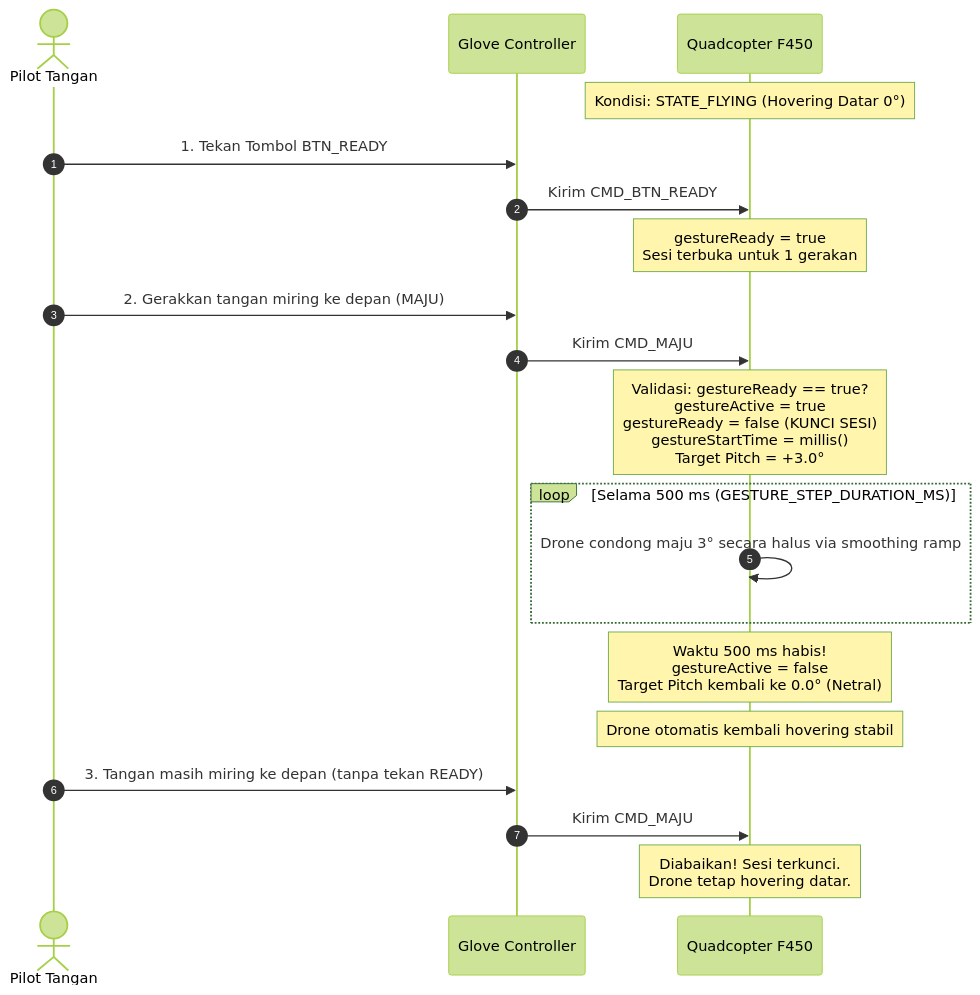
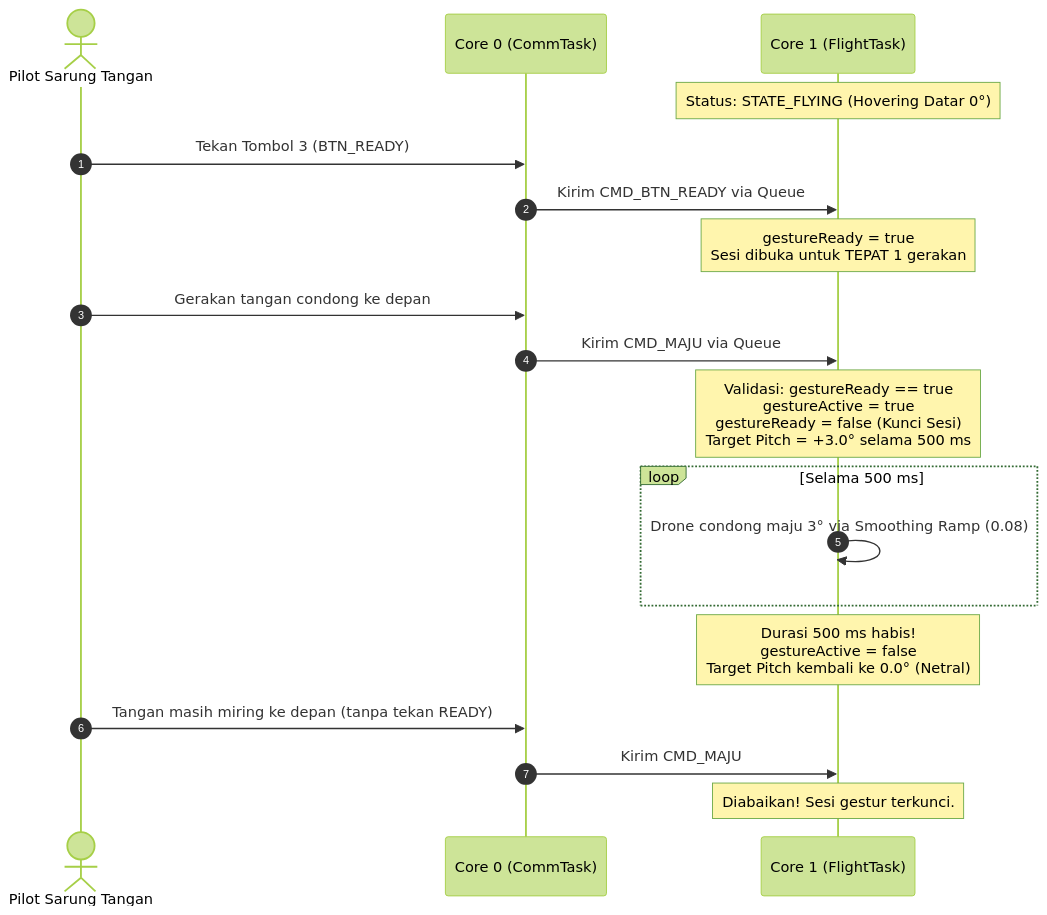
The third of 5 diagrams in arsitektur.md (qiuFrrl/QuadcopterF450), drawn with Mermaid (forest theme) before and after one commit. The commit also changed other lines of this file and 11 other files, not shown here.

````diff
--- a/arsitektur.md
+++ b/arsitektur.md
@@ -278,27 +246,26 @@
 ```mermaid
 sequenceDiagram
     autonumber
-    actor Pilot as Pilot Tangan
-    participant Glove as Glove Controller
-    participant Drone as Quadcopter F450
+    actor Pilot as Pilot Sarung Tangan
+    participant Comm as Core 0 (CommTask)
+    participant Flight as Core 1 (FlightTask)
     
-    Note over Drone: Kondisi: STATE_FLYING (Hovering Datar 0°)
-    Pilot->>Glove: 1. Tekan Tombol BTN_READY
-    Glove->>Drone: Kirim CMD_BTN_READY
-    Note over Drone: gestureReady = true<br/>Sesi terbuka untuk 1 gerakan
+    Note over Flight: Status: STATE_FLYING (Hovering Datar 0°)
+    Pilot->>Comm: Tekan Tombol 3 (BTN_READY)
+    Comm->>Flight: Kirim CMD_BTN_READY via Queue
+    Note over Flight: gestureReady = true<br/>Sesi dibuka untuk TEPAT 1 gerakan
     
-    Pilot->>Glove: 2. Gerakkan tangan miring ke depan (MAJU)
-    Glove->>Drone: Kirim CMD_MAJU
-    Note over Drone: Validasi: gestureReady == true?<br/>gestureActive = true<br/>gestureReady = false (KUNCI SESI)<br/>gestureStartTime = millis()<br/>Target Pitch = +3.0°
+    Pilot->>Comm: Gerakan tangan condong ke depan
+    Comm->>Flight: Kirim CMD_MAJU via Queue
+    Note over Flight: Validasi: gestureReady == true<br/>gestureActive = true<br/>gestureReady = false (Kunci Sesi)<br/>Target Pitch = +3.0° selama 500 ms
     
-    loop Selama 500 ms (GESTURE_STEP_DURATION_MS)
-        Drone->>Drone: Drone condong maju 3° secara halus via smoothing ramp
+    loop Selama 500 ms
+        Flight->>Flight: Drone condong maju 3° via Smoothing Ramp (0.08)
     end
     
-    Note over Drone: Waktu 500 ms habis!<br/>gestureActive = false<br/>Target Pitch kembali ke 0.0° (Netral)
-    Note over Drone: Drone otomatis kembali hovering stabil
+    Note over Flight: Durasi 500 ms habis!<br/>gestureActive = false<br/>Target Pitch kembali ke 0.0° (Netral)
     
-    Pilot->>Glove: 3. Tangan masih miring ke depan (tanpa tekan READY)
-    Glove->>Drone: Kirim CMD_MAJU
-    Note over Drone: Diabaikan! Sesi terkunci.<br/>Drone tetap hovering datar.
+    Pilot->>Comm: Tangan masih miring ke depan (tanpa tekan READY)
+    Comm->>Flight: Kirim CMD_MAJU
+    Note over Flight: Diabaikan! Sesi gestur terkunci.
 ```
````
